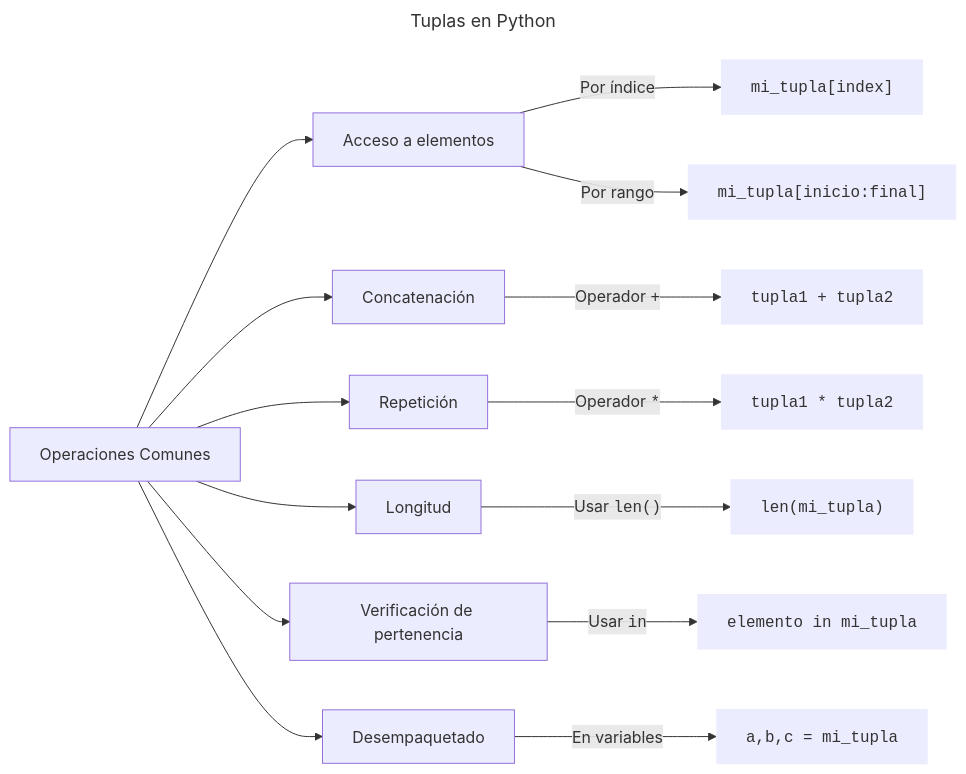
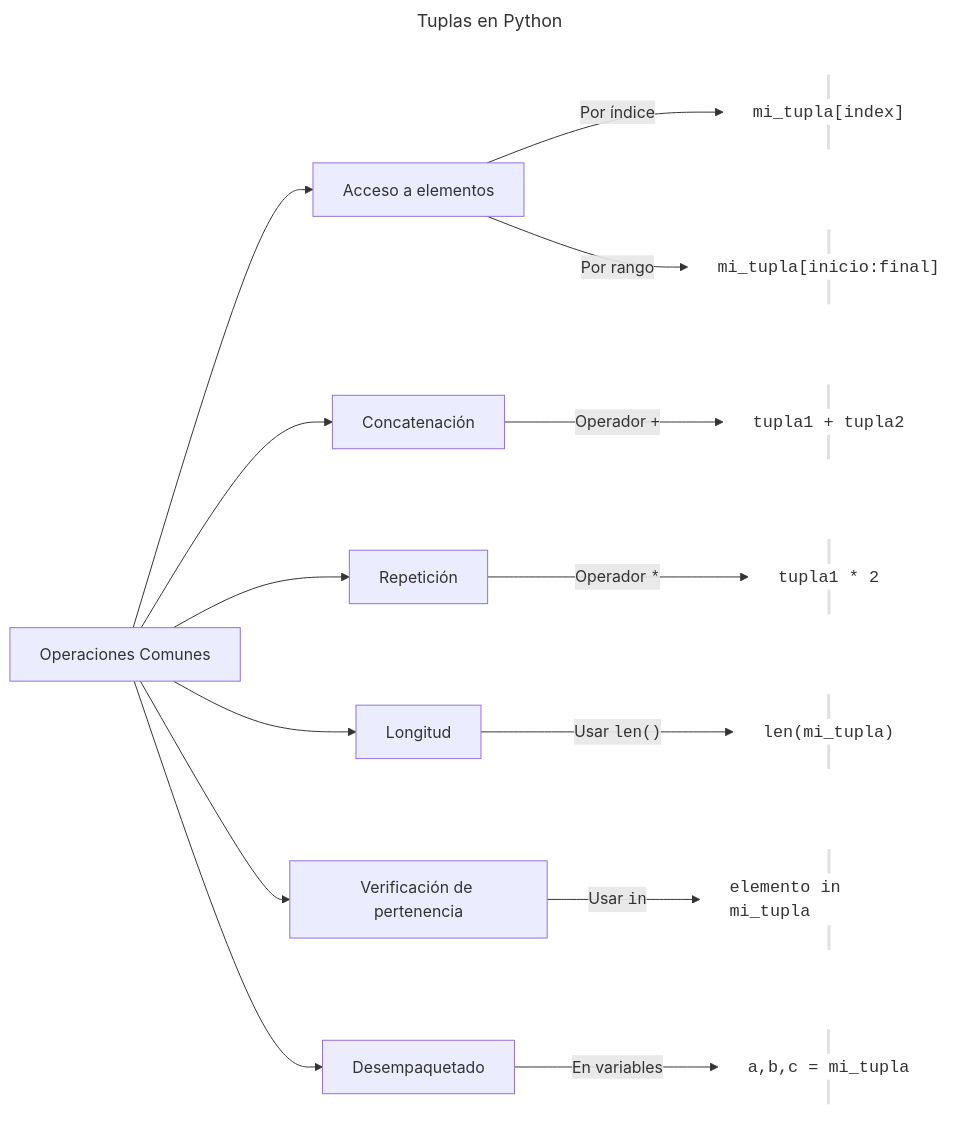
The second of 2 diagrams in _posts/lenguajes-de-programacion/python/1-basico/2022-01-06-listas-y-tuplas.md (EniDev911/portfolio_crispy), drawn with Mermaid before and after one commit. The commit also changed other lines of this file and 1 other file, not shown here.

````diff
--- a/_posts/lenguajes-de-programacion/python/1-basico/2022-01-06-listas-y-tuplas.md
+++ b/_posts/lenguajes-de-programacion/python/1-basico/2022-01-06-listas-y-tuplas.md
@@ -157,28 +228,28 @@
 ```mermaid
 ---
 title: "Tuplas en Python"
 ---
 graph LR;
     A[Operaciones Comunes] --> B[Acceso a elementos]
     A --> C[Concatenación]
     A --> D[Repetición]
     A --> E[Longitud]
     A --> F[Verificación de pertenencia]
     A --> G[Desempaquetado]
     
-    B -- "Por índice" --> B1["<code class='hl'>mi_tupla[index]</code>"]
-    B -- "Por rango" --> B2["<code class='hl'>mi_tupla[inicio:final]</code>"]
+    B -- "Por índice" --> B1["mi_tupla[index]"]
+    B -- "Por rango" --> B2["mi_tupla[inicio:final]"]
     
-    C -- "Operador <code>+</code>" --> C1["<code class='hl'>tupla1 + tupla2</code>"]
+    C -- "Operador <code>+</code>" --> C1["tupla1 + tupla2"]
     
-    D -- "Operador <code>*</code>" --> D1["<code class='hl'>tupla1 * tupla2</code>"]
+    D -- "Operador <code>*</code>" --> D1["tupla1 * 2"]
     
-    E -- "Usar <code>len()</code>" --> E1["<code class='hl'>len(mi_tupla)</code>"]
+    E -- "Usar <code>len()</code>" --> E1["len(mi_tupla)"]
     
-    F -- "Usar <code>in</code>" --> F1["<code class='hl'>elemento in mi_tupla</code>"]
+    F -- "Usar <code>in</code>" --> F1["elemento in mi_tupla"]
     
-    G -- "En variables" --> G1["<code class='hl'>a,b,c = mi_tupla</code>"]
+    G -- "En variables" --> G1["a,b,c = mi_tupla"]
 
-    classDef wStroke text-align:left,stroke-width:0;
+    classDef wStroke fill:#fff,fill-opacity:0,text-align:left,stroke-width:0,background:#19191922,font-family:monospace,padding:3px,font-size:17px;
     class B1,B2,C1,D1,E1,F1,G1 wStroke;
 ```
````
